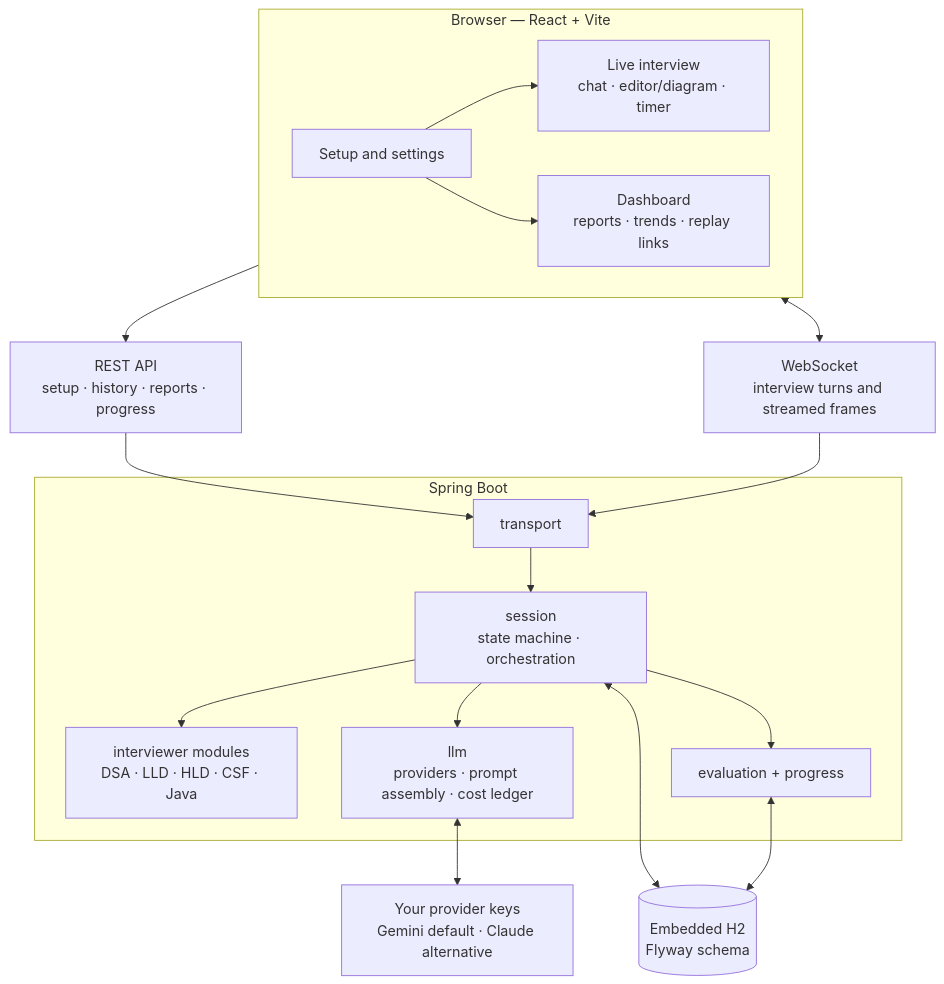
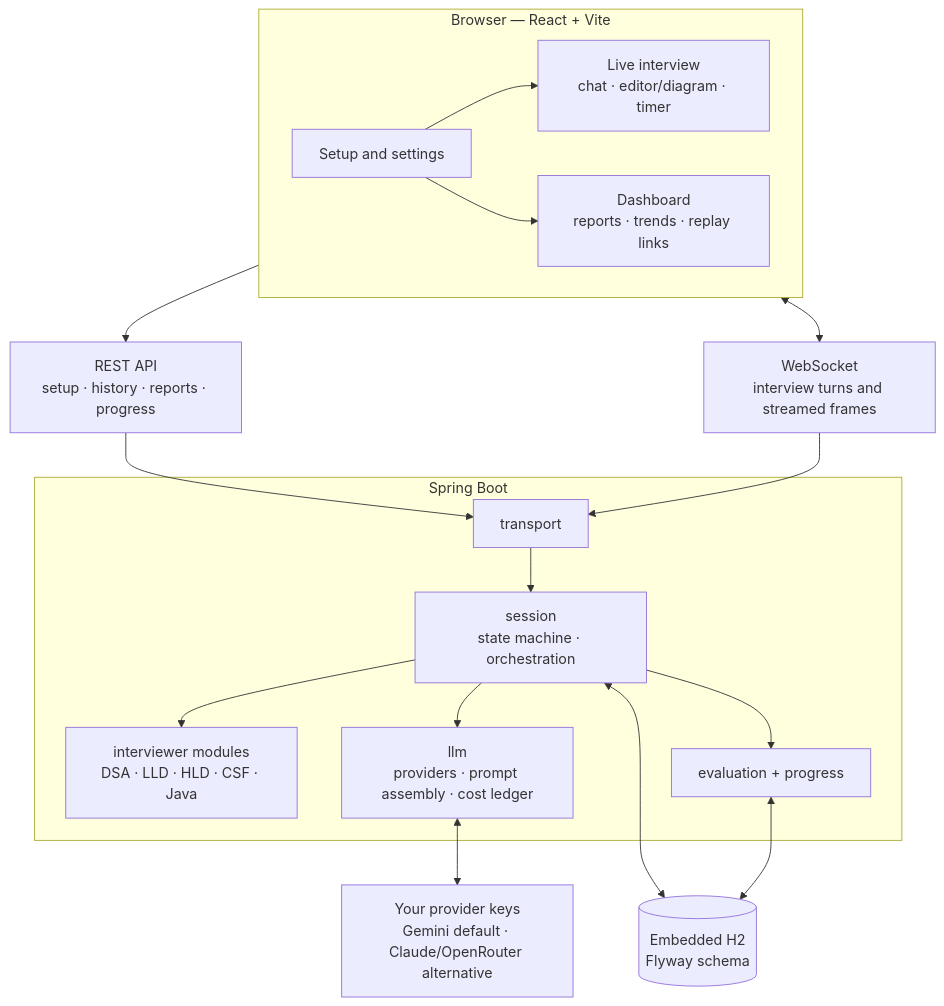
The first of 2 diagrams in README.md (Prem-Duvvapu/sde-interview-loop), drawn with Mermaid before and after one commit. The commit also changed other lines of this file and 21 other files, not shown here.

First line of the commit message:
Add OpenRouter provider (DeepSeek access) and start.sh/Docker tooling

````diff
--- a/README.md
+++ b/README.md
@@ -38,33 +52,33 @@
 ```mermaid
 flowchart TB
   subgraph Browser[Browser — React + Vite]
     Setup[Setup and settings]
     Live[Live interview\nchat · editor/diagram · timer]
     Dash[Dashboard\nreports · trends · replay links]
     Setup --> Live
     Setup --> Dash
   end
 
   REST[REST API\nsetup · history · reports · progress]
   WS[WebSocket\ninterview turns and streamed frames]
   Browser --> REST
   Browser <--> WS
 
   subgraph App[Spring Boot]
     Transport[transport]
     Session[session\nstate machine · orchestration]
     Modules[interviewer modules\nDSA · LLD · HLD · CSF · Java]
     LLM[llm\nproviders · prompt assembly · cost ledger]
     Eval[evaluation + progress]
     Transport --> Session
     Session --> Modules
     Session --> LLM
     Session --> Eval
   end
 
   REST --> Transport
   WS --> Transport
-  LLM <--> Providers[Your provider keys\nGemini default · Claude alternative]
+  LLM <--> Providers[Your provider keys\nGemini default · Claude/OpenRouter alternative]
   Session <--> DB[(Embedded H2\nFlyway schema)]
   Eval <--> DB
 ```
````
